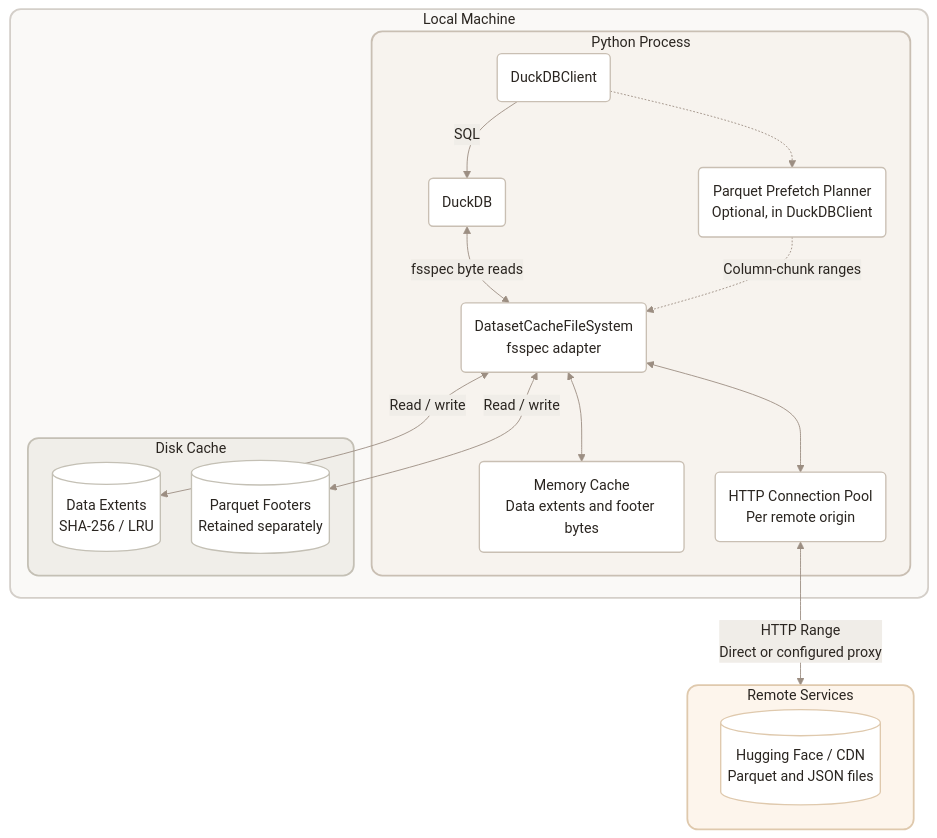
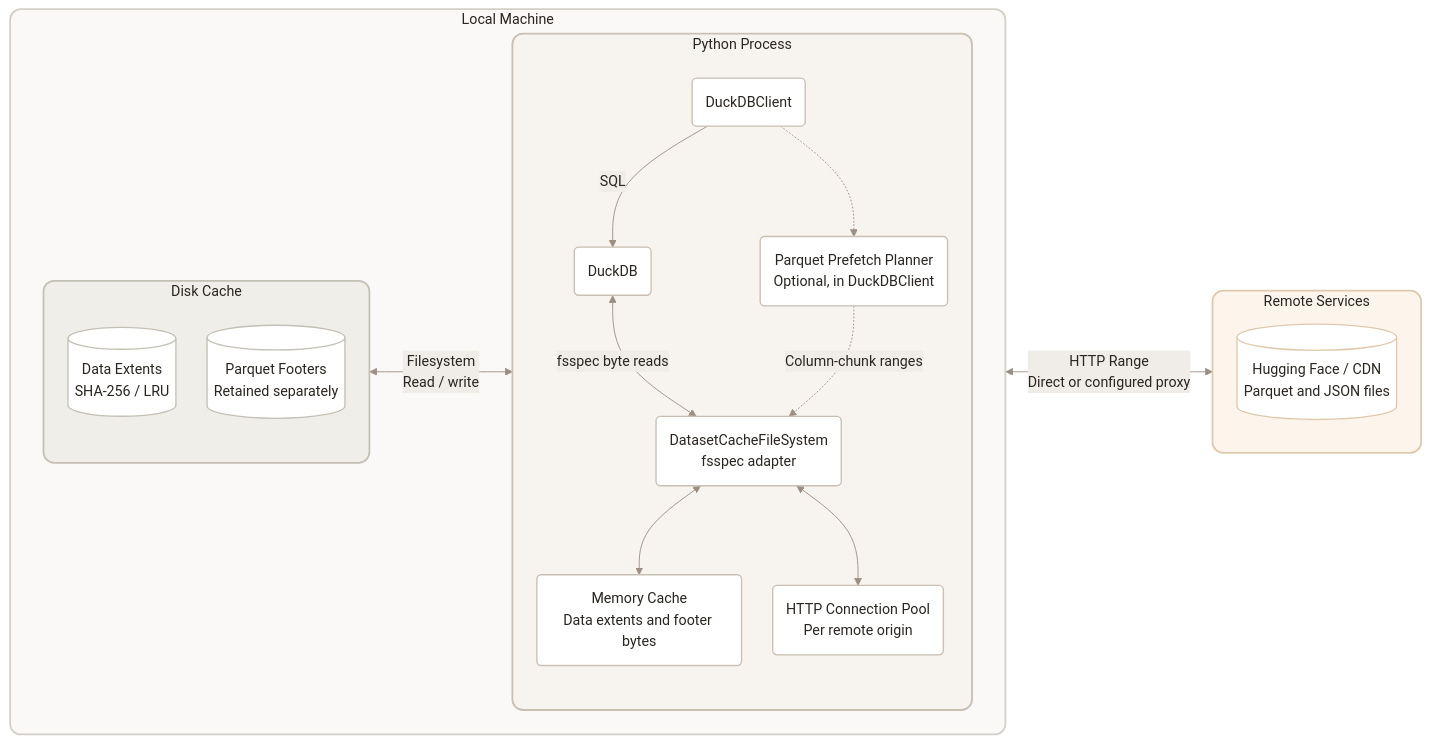
One commit to defeat-beta/defeatbeta-api changed the diagram in doc/api/Local_File_Cache.md. Above: the diagram before and after it, drawn with Mermaid.

Commit message:
docs: arrange cache architecture in three columns

````diff
--- a/doc/api/Local_File_Cache.md
+++ b/doc/api/Local_File_Cache.md
@@ -23,53 +23,57 @@
 ```mermaid
 %%{init: {'theme': 'base', 'themeVariables': {
   'primaryColor': '#FAF9F7',
   'primaryBorderColor': '#D4CFC9',
   'primaryTextColor': '#2A2520',
   'lineColor': '#9C8E82',
   'secondaryColor': '#F0EDE8',
   'tertiaryColor': '#E8E4DE'
 }, 'flowchart': {'curve': 'basis', 'nodeSpacing': 35, 'rankSpacing': 50}}}%%
-flowchart TB
+flowchart LR
     subgraph LOCAL["Local Machine"]
+        direction LR
+        subgraph DISK["Disk Cache"]
+            direction TB
+            DATA[("Data Extents<br/>SHA-256 / LRU")]
+            FOOTER[("Parquet Footers<br/>Retained separately")]
+        end
+
         subgraph PROCESS["Python Process"]
+            direction TB
             CLIENT("DuckDBClient")
             ENGINE("DuckDB")
             PREFETCH("Parquet Prefetch Planner<br/>Optional, in DuckDBClient")
             CACHE("DatasetCacheFileSystem<br/>fsspec adapter")
             MEMORY("Memory Cache<br/>Data extents and footer bytes")
             HTTP("HTTP Connection Pool<br/>Per remote origin")
 
             CLIENT -->|"SQL"| ENGINE
             CLIENT -.-> PREFETCH
             ENGINE <-->|"fsspec byte reads"| CACHE
             PREFETCH -.->|"Column-chunk ranges"| CACHE
             CACHE <--> MEMORY
             CACHE <--> HTTP
         end
 
-        subgraph DISK["Disk Cache"]
-            DATA[("Data Extents<br/>SHA-256 / LRU")]
-            FOOTER[("Parquet Footers<br/>Retained separately")]
-        end
     end
 
     subgraph REMOTE["Remote Services"]
+        direction TB
         HF[("Hugging Face / CDN<br/>Parquet and JSON files")]
     end
 
-    CACHE <-->|"Read / write"| DATA
-    CACHE <-->|"Read / write"| FOOTER
-    HTTP <-->|"HTTP Range<br/>Direct or configured proxy"| REMOTE
+    DISK <-->|"Filesystem<br/>Read / write"| PROCESS
+    PROCESS <-->|"HTTP Range<br/>Direct or configured proxy"| REMOTE
 
     style LOCAL fill:#FAF9F7,stroke:#D4CFC9,stroke-width:2px,color:#2A2520,rx:12,ry:12
     style PROCESS fill:#F7F3EE,stroke:#C9BFB3,stroke-width:2px,color:#2A2520,rx:12,ry:12
     style DISK fill:#F0EEE9,stroke:#C4C0B5,stroke-width:2px,color:#2A2520,rx:12,ry:12
     style REMOTE fill:#FDF5EC,stroke:#DFC9AD,stroke-width:2px,color:#2A2520,rx:12,ry:12
 
     classDef component fill:#fff,stroke:#C9BFB3,stroke-width:1.5px,color:#2A2520
     classDef storage fill:#fff,stroke:#C4C0B5,stroke-width:1.5px,color:#2A2520
     classDef remote fill:#fff,stroke:#DFC9AD,stroke-width:1.5px,color:#2A2520
     class CLIENT,ENGINE,PREFETCH,CACHE,MEMORY,HTTP component
     class DATA,FOOTER storage
     class HF remote
 ```
````
